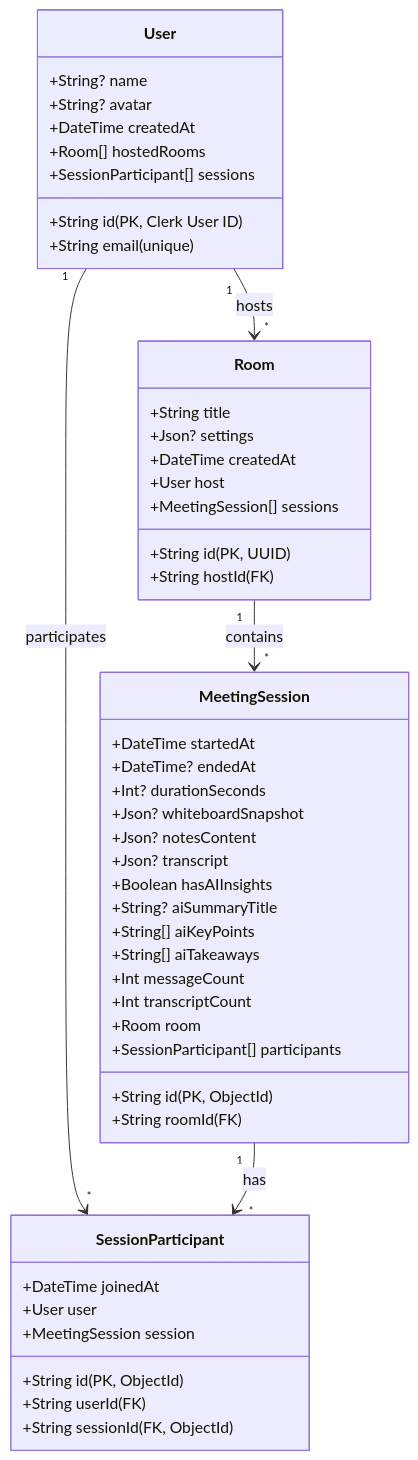
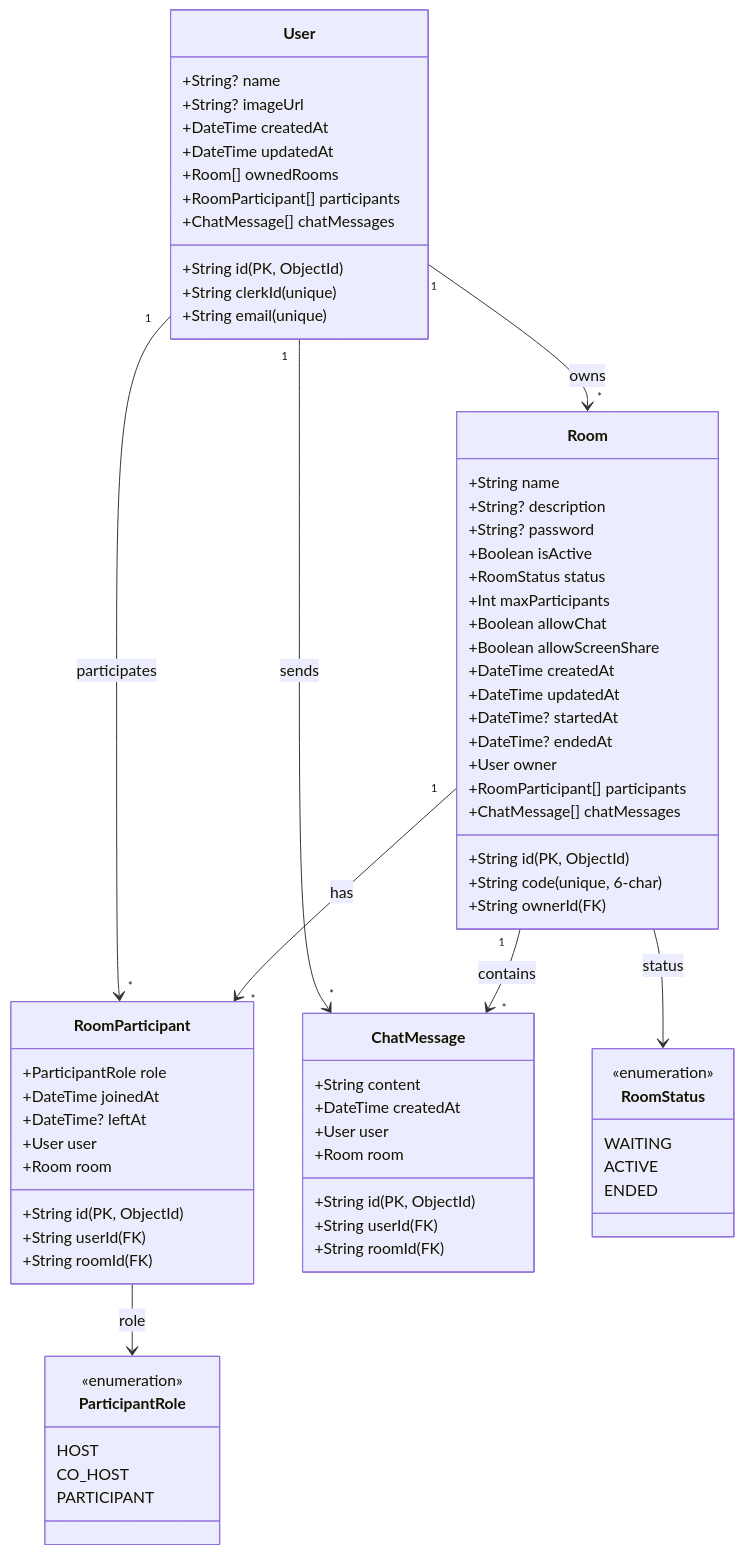
Before and after one commit to pho-veteran/stoom: diagram 16 of 17 in stoom-app/reports.md, drawn with Mermaid. The commit also changed other lines of this file and 39 other files, not shown here.

First line of the commit message:
feat: implement LiveKit real-time meeting with room lifecycle management

````diff
--- a/stoom-app/reports.md
+++ b/stoom-app/reports.md
@@ -1004,55 +1076,79 @@
 ```mermaid
 classDiagram
     class User {
-        +String id (PK, Clerk User ID)
+        +String id (PK, ObjectId)
+        +String clerkId (unique)
         +String email (unique)
         +String? name
-        +String? avatar
+        +String? imageUrl
         +DateTime createdAt
-        +Room[] hostedRooms
-        +SessionParticipant[] sessions
+        +DateTime updatedAt
+        +Room[] ownedRooms
+        +RoomParticipant[] participants
+        +ChatMessage[] chatMessages
     }
     
     class Room {
-        +String id (PK, UUID)
-        +String title
-        +String hostId (FK)
-        +Json? settings
+        +String id (PK, ObjectId)
+        +String code (unique, 6-char)
+        +String name
+        +String? description
+        +String? password
+        +Boolean isActive
+        +RoomStatus status
+        +Int maxParticipants
+        +Boolean allowChat
+        +Boolean allowScreenShare
         +DateTime createdAt
-        +User host
-        +MeetingSession[] sessions
+        +DateTime updatedAt
+        +DateTime? startedAt
+        +DateTime? endedAt
+        +String ownerId (FK)
+        +User owner
+        +RoomParticipant[] participants
+        +ChatMessage[] chatMessages
     }
     
-    class MeetingSession {
+    class RoomParticipant {
         +String id (PK, ObjectId)
+        +ParticipantRole role
+        +DateTime joinedAt
+        +DateTime? leftAt
+        +String userId (FK)
         +String roomId (FK)
-        +DateTime startedAt
-        +DateTime? endedAt
-        +Int? durationSeconds
-        +Json? whiteboardSnapshot
-        +Json? notesContent
-        +Json? transcript
-        +Boolean hasAIInsights
-        +String? aiSummaryTitle
-        +String[] aiKeyPoints
-        +String[] aiTakeaways
-        +Int messageCount
-        +Int transcriptCount
+        +User user
         +Room room
-        +SessionParticipant[] participants
     }
     
-    class SessionParticipant {
+    class ChatMessage {
         +String id (PK, ObjectId)
+        +String content
+        +DateTime createdAt
         +String userId (FK)
-        +String sessionId (FK, ObjectId)
-        +DateTime joinedAt
+        +String roomId (FK)
         +User user
-        +MeetingSession session
+        +Room room
     }
     
-    User "1" --> "*" Room : hosts
-    User "1" --> "*" SessionParticipant : participates
-    Room "1" --> "*" MeetingSession : contains
-    MeetingSession "1" --> "*" SessionParticipant : has
+    class RoomStatus {
+        <<enumeration>>
+        WAITING
+        ACTIVE
+        ENDED
+    }
+    
+    class ParticipantRole {
+        <<enumeration>>
+        HOST
+        CO_HOST
+        PARTICIPANT
+    }
+    
+    User "1" --> "*" Room : owns
+    User "1" --> "*" RoomParticipant : participates
+    User "1" --> "*" ChatMessage : sends
+    Room "1" --> "*" RoomParticipant : has
+    Room "1" --> "*" ChatMessage : contains
+    Room --> RoomStatus : status
+    RoomParticipant --> ParticipantRole : role
 ```
````
